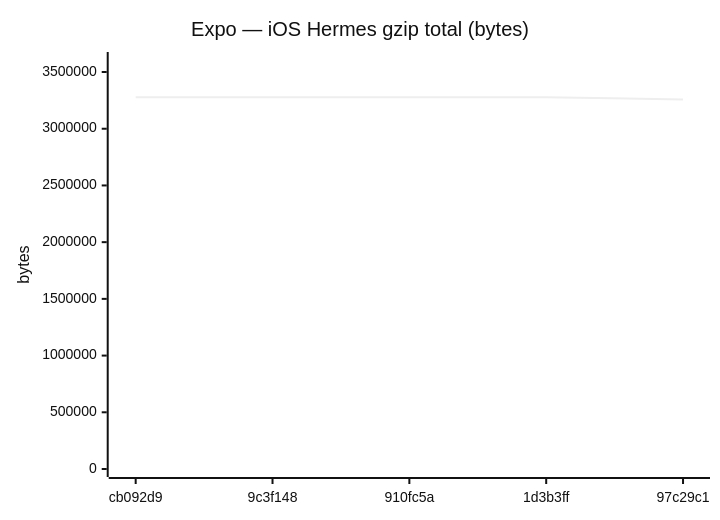
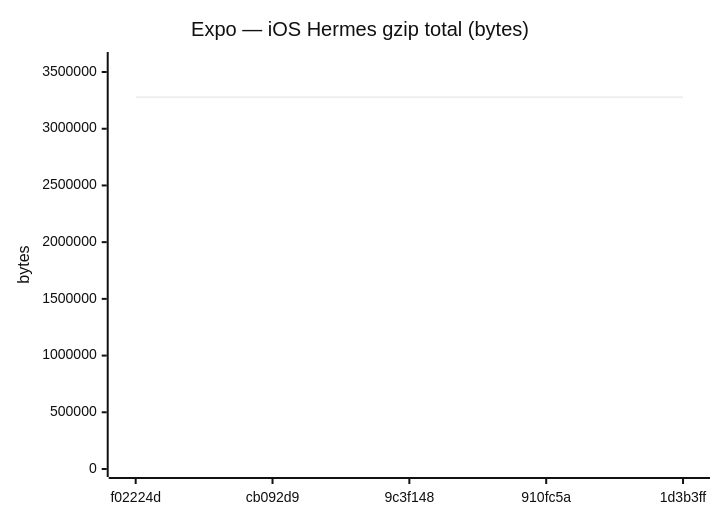
Before and after one commit to Metaheurist/Rianell: diagram 12 of 18 in benchmarks/compare.md, drawn with Mermaid (neutral theme). The commit also changed other lines of this file and 11 other files, not shown here.

````diff
--- a/benchmarks/compare.md
+++ b/benchmarks/compare.md
@@ -179,7 +179,7 @@
 ```mermaid
 xychart-beta
     title "Expo — iOS Hermes gzip total (bytes)"
-    x-axis ["cb092d9", "9c3f148", "910fc5a", "1d3b3ff", "97c29c1"]
-    y-axis "bytes" 0 --> 3606019
-    line [3278198, 3278199, 3277688, 3278198, 3258272]
+    x-axis ["f02224d", "cb092d9", "9c3f148", "910fc5a", "1d3b3ff"]
+    y-axis "bytes" 0 --> 3606021
+    line [3278200, 3278198, 3278199, 3277688, 3278198]
 ```
````
